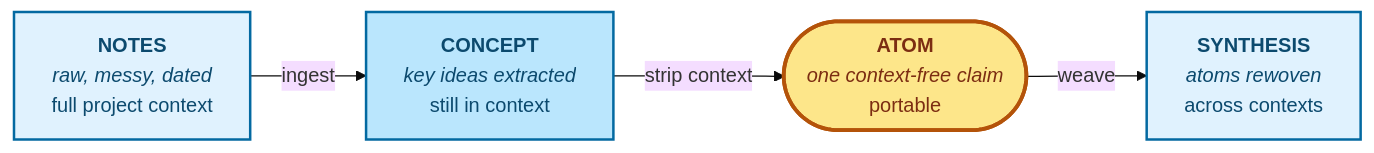
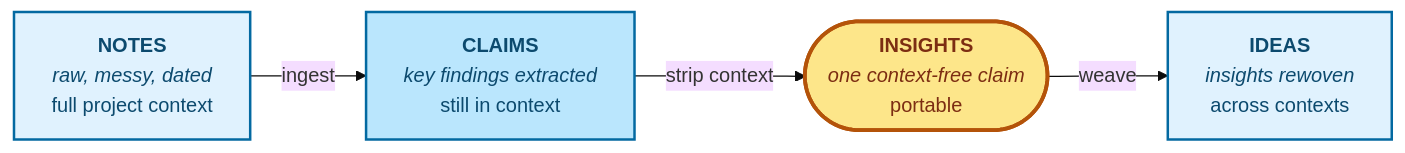
Before and after one commit to kumagallium/Graphium: the diagram in docs/CONCEPT.md, drawn with Mermaid (base theme). The commit also changed other lines of this file and 9 other files, not shown here.

First line of the commit message:
refactor(wiki): rename Knowledge layer labels (Atom→Insights, Synthesis→Ideas, AI→Knowledge)

````diff
--- a/docs/CONCEPT.md
+++ b/docs/CONCEPT.md
@@ -97,16 +98,16 @@
 ```mermaid
 flowchart LR
     N["<b>NOTES</b><br/><i>raw, messy, dated</i><br/>full project context"]
-    C["<b>CONCEPT</b><br/><i>key ideas extracted</i><br/>still in context"]
-    A(["<b>ATOM</b><br/><i>one context-free claim</i><br/>portable"])
-    S["<b>SYNTHESIS</b><br/><i>atoms rewoven</i><br/>across contexts"]
+    C["<b>CLAIMS</b><br/><i>key findings extracted</i><br/>still in context"]
+    A(["<b>INSIGHTS</b><br/><i>one context-free claim</i><br/>portable"])
+    S["<b>IDEAS</b><br/><i>insights rewoven</i><br/>across contexts"]
 
     N -->|ingest| C
     C -->|strip context| A
     A -->|weave| S
 
     style N fill:#e0f2fe,stroke:#0369a1,stroke-width:2px,color:#0c4a6e
     style C fill:#bae6fd,stroke:#0369a1,stroke-width:2px,color:#0c4a6e
     style A fill:#fde68a,stroke:#b45309,stroke-width:3px,color:#7c2d12
     style S fill:#e0f2fe,stroke:#0369a1,stroke-width:2px,color:#0c4a6e
 ```
````
